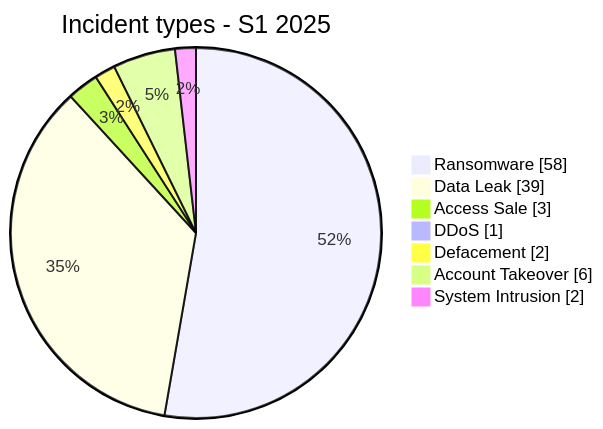
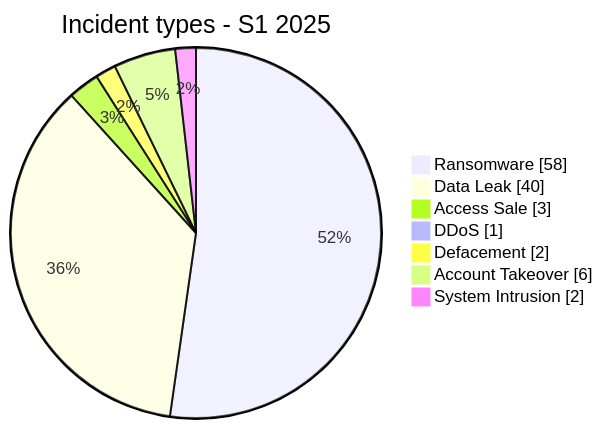
The second of 2 diagrams in CyberAttackAfrica/2025/README_H1.md (Hatchepsoute/AFRINTEL), drawn with Mermaid before and after one commit. The commit also changed other lines of this file and 35 other files, not shown here.

````diff
--- a/CyberAttackAfrica/2025/README_H1.md
+++ b/CyberAttackAfrica/2025/README_H1.md
@@ -105,11 +105,11 @@
 ```mermaid
 pie showData
     title Incident types - S1 2025
     "Ransomware" : 58
-    "Data Leak" : 39
+    "Data Leak" : 40
     "Access Sale" : 3
     "DDoS" : 1
     "Defacement" : 2
     "Account Takeover" : 6
     "System Intrusion" : 2
 ```
````
